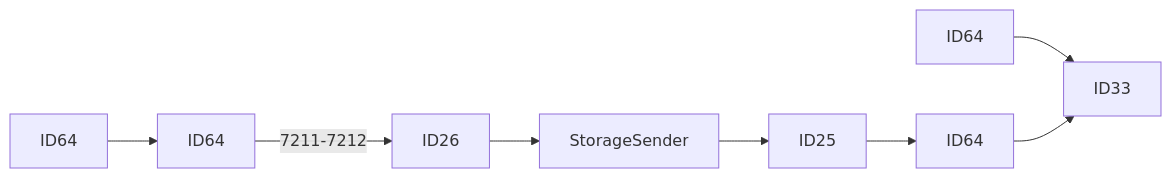
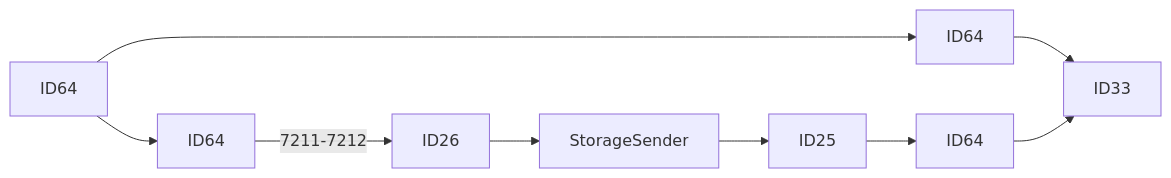
One commit to luthfiadityaa/SimeDarby-Wiki changed the third of 25 diagrams in Basic-Design/DFD-WMS/Storage/Palletizing-Settting/Palletize-Start.md. Above: the diagram before and after it, drawn with Mermaid.

Commit message:
Updated Palletize Start

```diff
--- a/Basic-Design/DFD-WMS/Storage/Palletizing-Settting/Palletize-Start.md
+++ b/Basic-Design/DFD-WMS/Storage/Palletizing-Settting/Palletize-Start.md
@@ -30,8 +30,9 @@
 ::: mermaid
 flowchart LR
 
 P18[ID64]-->P19[ID64]--> |7211-7212| P20[ID26]-->P21[StorageSender]-->P22[ID25]-->P23[ID64]
 
+P18[ID64]-->P13[ID64]
 P13[ID64]-->P14[ID33]
 P23[ID64]-->P14[ID33]
 :::
```
